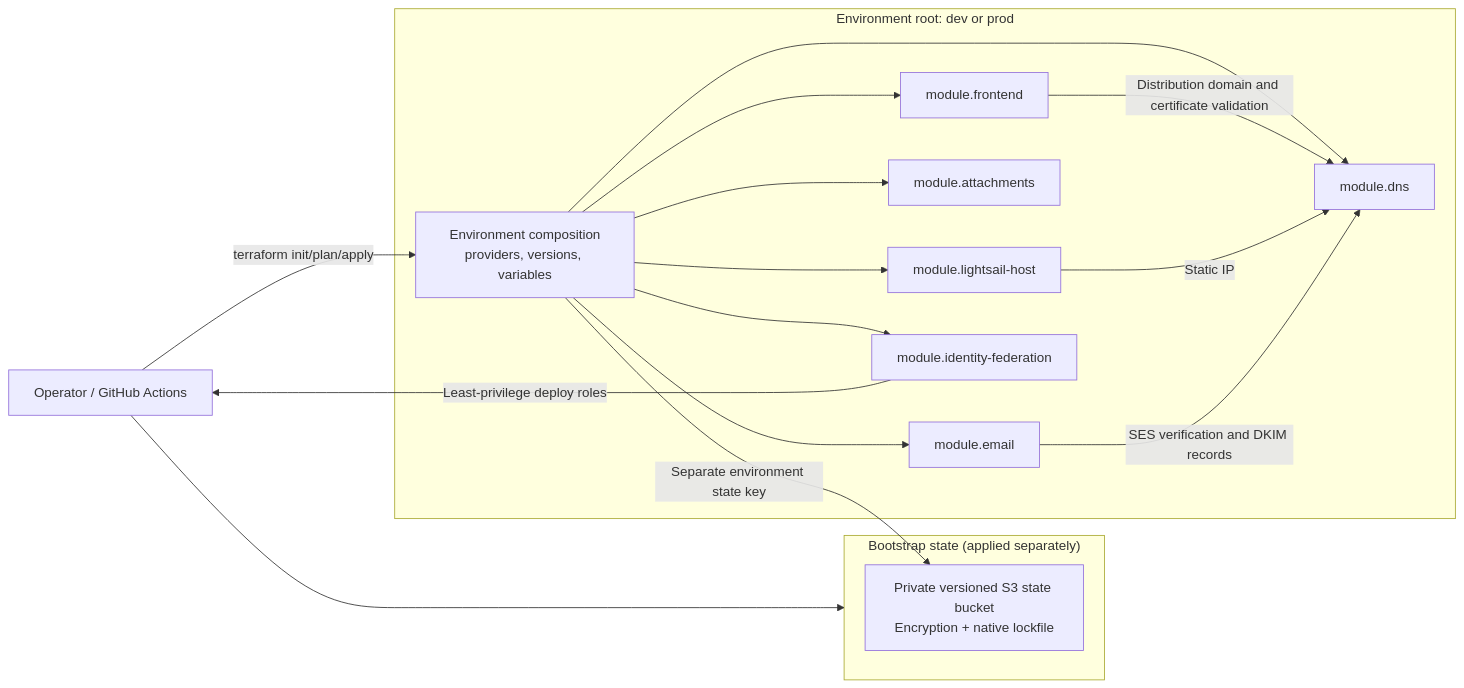
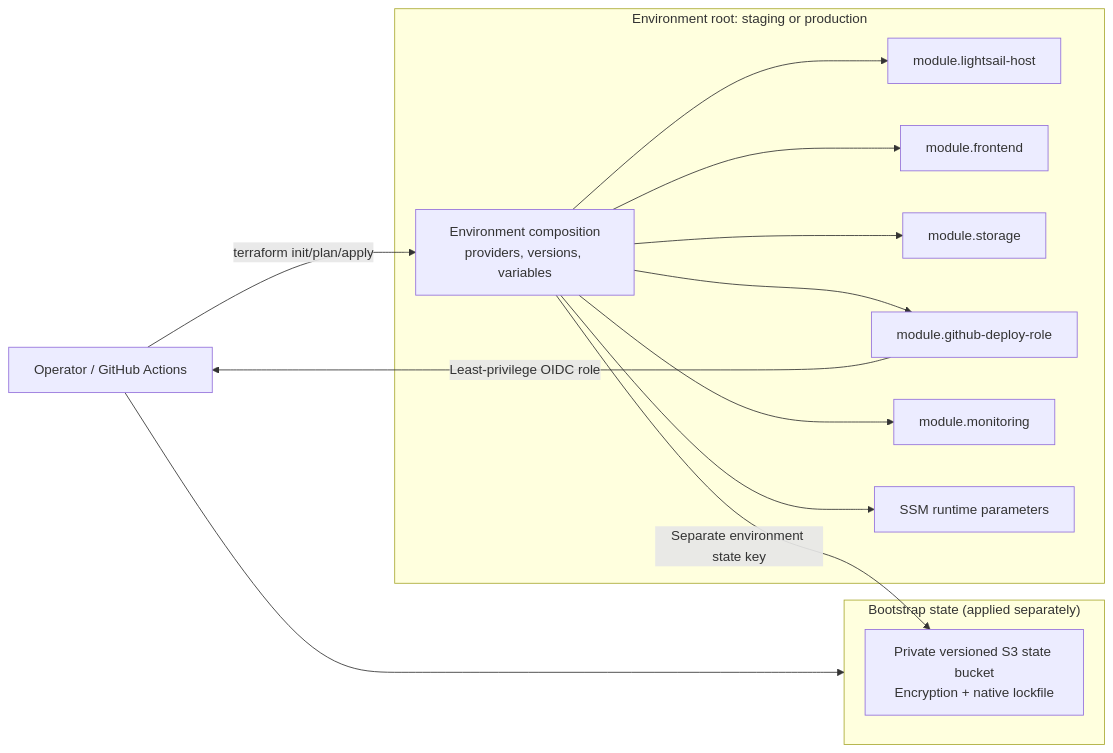
Before and after one commit to john4ani/rfq-marketplace: the diagram in docs/architecture/terraform-infrastructure.md, drawn with Mermaid. The commit also changed other lines of this file and 73 other files, not shown here.

````diff
--- a/docs/architecture/terraform-infrastructure.md
+++ b/docs/architecture/terraform-infrastructure.md
@@ -5,32 +5,29 @@
 ```mermaid
 flowchart LR
     operator["Operator / GitHub Actions"]
 
     subgraph Bootstrap["Bootstrap state (applied separately)"]
         stateBucket["Private versioned S3 state bucket<br/>Encryption + native lockfile"]
     end
 
-    subgraph Environment["Environment root: dev or prod"]
+    subgraph Environment["Environment root: staging or production"]
         root["Environment composition<br/>providers, versions, variables"]
         lightsail["module.lightsail-host"]
         frontend["module.frontend"]
-        attachment["module.attachments"]
-        dns["module.dns"]
-        email["module.email"]
-        oidc["module.identity-federation"]
+        storage["module.storage"]
+        deployRole["module.github-deploy-role"]
+        monitoring["module.monitoring"]
+        parameters["SSM runtime parameters"]
     end
 
     operator --> Bootstrap
     operator -->|"terraform init/plan/apply"| root
     root -->|"Separate environment state key"| stateBucket
     root --> lightsail
     root --> frontend
-    root --> attachment
-    root --> dns
-    root --> email
-    root --> oidc
-    frontend -->|"Distribution domain and certificate validation"| dns
-    lightsail -->|"Static IP"| dns
-    email -->|"SES verification and DKIM records"| dns
-    oidc -->|"Least-privilege deploy roles"| operator
+    root --> storage
+    root --> deployRole
+    root --> monitoring
+    root --> parameters
+    deployRole -->|"Least-privilege OIDC role"| operator
 ```
````
